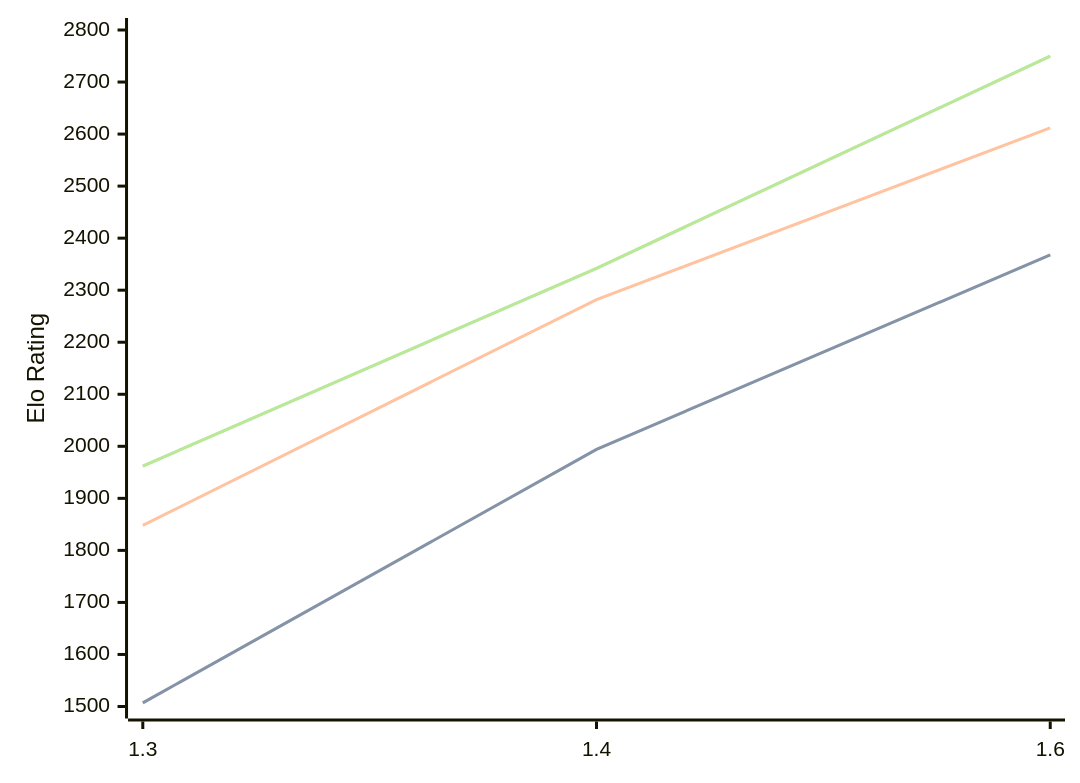
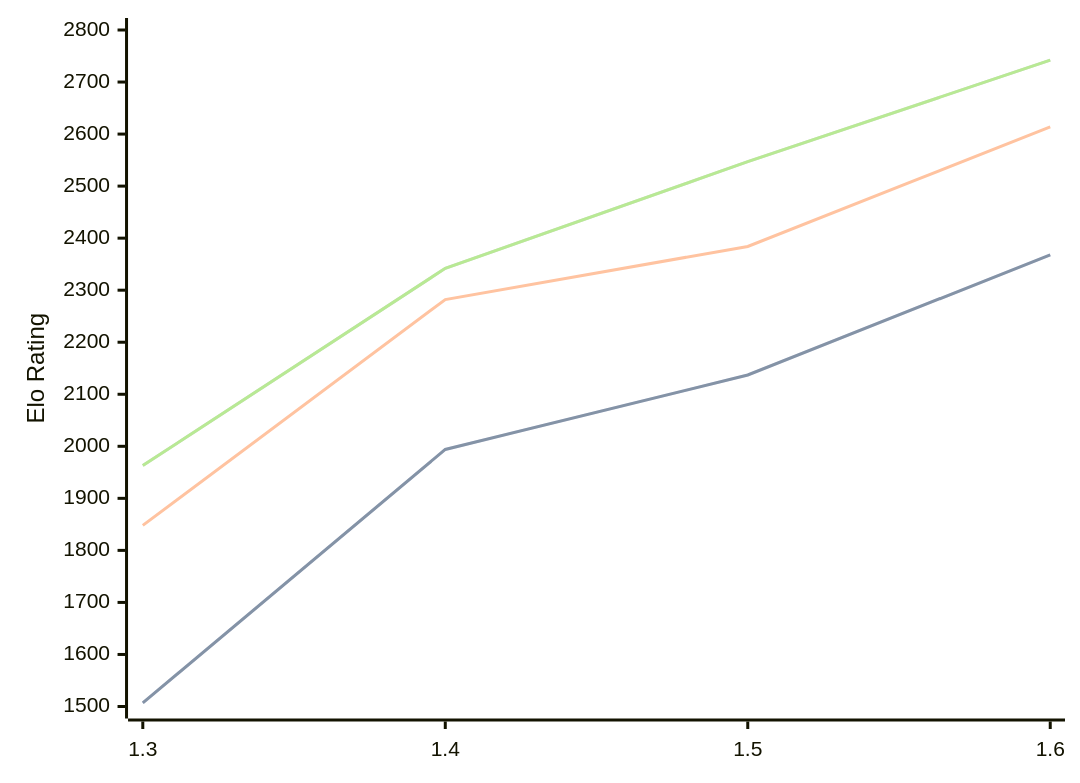
Before and after one commit to computer-chess-index/cci: the third of 3 diagrams in engines/Facon.md, drawn with Mermaid. The commit also changed other lines of this file, not shown here.

Commit message:
Update CCI Ratings (ELO VLTC) - 2026-06-22

````diff
--- a/engines/Facon.md
+++ b/engines/Facon.md
@@ -70,11 +70,11 @@
 ```mermaid
 %%{init: {"theme":"base","themeVariables":{"seriesColors:['#a3a3a3','#222221','#faa371']}}}%%
 xychart-beta
-  x-axis ["1.3", "1.4", "1.6"]
+  x-axis ["1.3", "1.4", "1.5", "1.6"]
   y-axis "Elo Rating" 1500 --> 2800
-  line "STC (8.0+0.08s)" [1507, 1994, 2368]
-  line "STC (8.0+0.08s)" [1507, 1994, 2368]
-  line "LTC (60.0+0.60s)" [1848, 2282, 2612]
-  line "VLTC (2m24s+1.12s)" [1962, 2342, 2750]
-  line "VLTC (2m24s+1.12s)" [1962, 2342, 2750]
+  line "STC (8.0+0.08s)" [1507, 1994, 2137, 2368]
+  line "STC (8.0+0.08s)" [1507, 1994, 2137, 2368]
+  line "LTC (60.0+0.60s)" [1848, 2282, 2384, 2614]
+  line "VLTC (2m24s+1.12s)" [1963, 2342, 2547, 2742]
+  line "VLTC (2m24s+1.12s)" [1963, 2342, 2547, 2742]
 ```
````
